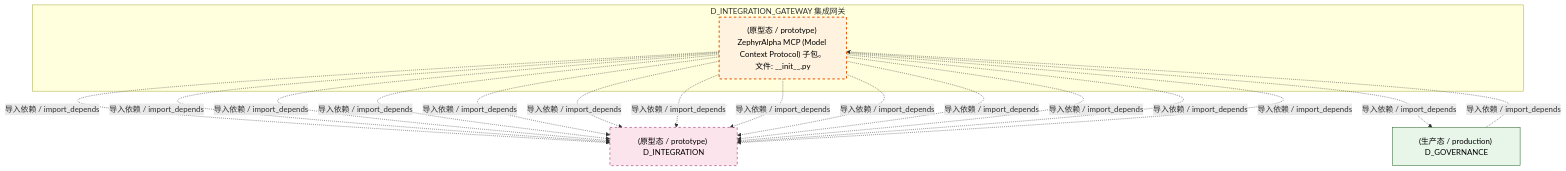
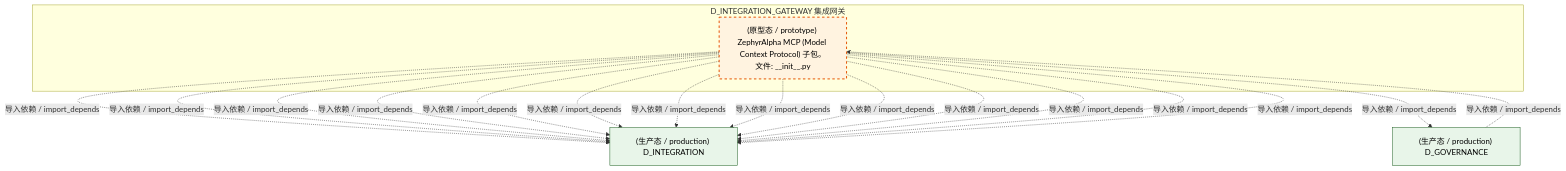
One commit to xuanFelixVan/ZephyrAlpha changed the third of 4 diagrams in docs/02_enterprise_architecture/02_domain_architecture_docs/19_d_integration_gateway.md. Above: the diagram before and after it, drawn with Mermaid. The commit also changed other lines of this file and 126 other files, not shown here.

````diff
--- a/docs/02_enterprise_architecture/02_domain_architecture_docs/19_d_integration_gateway.md
+++ b/docs/02_enterprise_architecture/02_domain_architecture_docs/19_d_integration_gateway.md
@@ -125,30 +124,29 @@
 ```mermaid
 graph TD
     subgraph D_INTEGRATION_GATEWAY["D_INTEGRATION_GATEWAY 集成网关"]
         src_zephyr_integration_mcp_init_py["(原型态 / prototype) ZephyrAlpha MCP (Model Context Protocol) 子包。<br/>文件: __init__.py"]
     end
-    D_INTEGRATION["(原型态 / prototype) D_INTEGRATION"]
+    D_INTEGRATION["(生产态 / production) D_INTEGRATION"]
+    src_zephyr_integration_mcp_init_py -.->|导入依赖 / import_depends| D_INTEGRATION
+    src_zephyr_integration_mcp_init_py -.->|导入依赖 / import_depends| D_INTEGRATION
+    src_zephyr_integration_mcp_init_py -.->|导入依赖 / import_depends| D_INTEGRATION
+    src_zephyr_integration_mcp_init_py -.->|导入依赖 / import_depends| D_INTEGRATION
+    D_GOVERNANCE["(生产态 / production) D_GOVERNANCE"]
+    src_zephyr_integration_mcp_init_py -.->|导入依赖 / import_depends| D_GOVERNANCE
     src_zephyr_integration_mcp_init_py -.->|导入依赖 / import_depends| D_INTEGRATION
     src_zephyr_integration_mcp_init_py -.->|导入依赖 / import_depends| D_INTEGRATION
     src_zephyr_integration_mcp_init_py -.->|导入依赖 / import_depends| D_INTEGRATION
     src_zephyr_integration_mcp_init_py -.->|导入依赖 / import_depends| D_INTEGRATION
     src_zephyr_integration_mcp_init_py -.->|导入依赖 / import_depends| D_INTEGRATION
     src_zephyr_integration_mcp_init_py -.->|导入依赖 / import_depends| D_INTEGRATION
     src_zephyr_integration_mcp_init_py -.->|导入依赖 / import_depends| D_INTEGRATION
     src_zephyr_integration_mcp_init_py -.->|导入依赖 / import_depends| D_INTEGRATION
     src_zephyr_integration_mcp_init_py -.->|导入依赖 / import_depends| D_INTEGRATION
-    src_zephyr_integration_mcp_init_py -.->|导入依赖 / import_depends| D_INTEGRATION
-    D_GOVERNANCE["(生产态 / production) D_GOVERNANCE"]
-    src_zephyr_integration_mcp_init_py -.->|导入依赖 / import_depends| D_GOVERNANCE
-    src_zephyr_integration_mcp_init_py -.->|导入依赖 / import_depends| D_INTEGRATION
-    src_zephyr_integration_mcp_init_py -.->|导入依赖 / import_depends| D_INTEGRATION
-    src_zephyr_integration_mcp_init_py -.->|导入依赖 / import_depends| D_INTEGRATION
     D_GOVERNANCE -.->|导入依赖 / import_depends| src_zephyr_integration_mcp_init_py
     classDef production fill:#e1f5fe,stroke:#01579b,stroke-width:2px,color:#000
     classDef design fill:#fff3e0,stroke:#e65100,stroke-width:2px,color:#000,stroke-dasharray: 5 5
     classDef external_prod fill:#e8f5e9,stroke:#1b5e20,stroke-width:1px,color:#000
     classDef external_design fill:#fce4ec,stroke:#880e4f,stroke-width:1px,color:#000,stroke-dasharray: 5 5
     class src_zephyr_integration_mcp_init_py design
-    class D_GOVERNANCE external_prod
-    class D_INTEGRATION external_design
+    class D_INTEGRATION,D_GOVERNANCE external_prod
 ```
````
